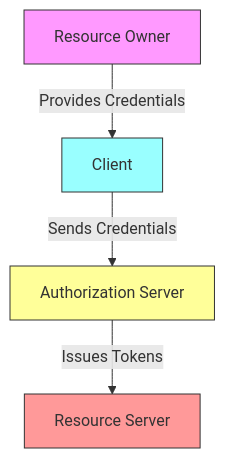
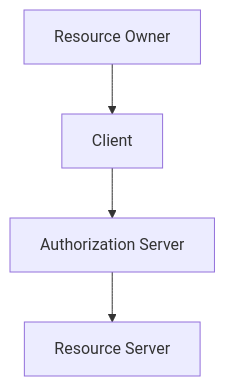
Before and after one commit to lele-maxwell/adorsys-gis-blog3: the first of 5 diagrams in docs/blog/direct-access-grant/slides.md, drawn with Mermaid. The commit also changed other lines of this file, not shown here.

Commit message:
Fix slides.md file to have a better explanation of what the process and what it does and correct explanation of the Direct grant flow and use correct diagram syntax and format

````diff
--- a/docs/blog/direct-access-grant/slides.md
+++ b/docs/blog/direct-access-grant/slides.md
@@ -25,10 +25,6 @@
 ```mermaid
 graph TD
-    A[Resource Owner] -->|Provides Credentials| B[Client]
-    B -->|Sends Credentials| C[Authorization Server]
-    C -->|Issues Tokens| D[Resource Server]
-    style A fill:#f9f,stroke:#333
-    style B fill:#9ff,stroke:#333
-    style C fill:#ff9,stroke:#333
-    style D fill:#f99,stroke:#333
+    A[Resource Owner] --> B[Client]
+    B --> C[Authorization Server]
+    C --> D[Resource Server]
 ```
````
